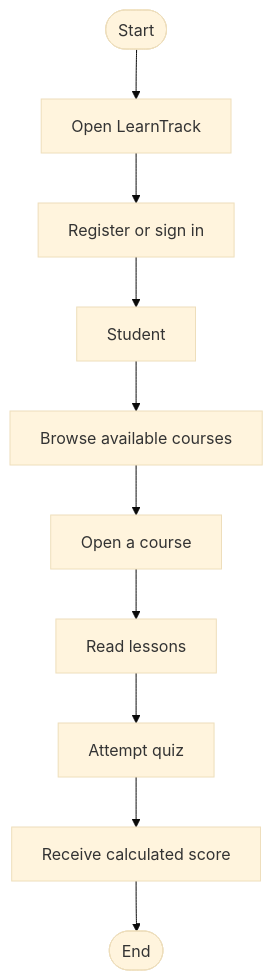
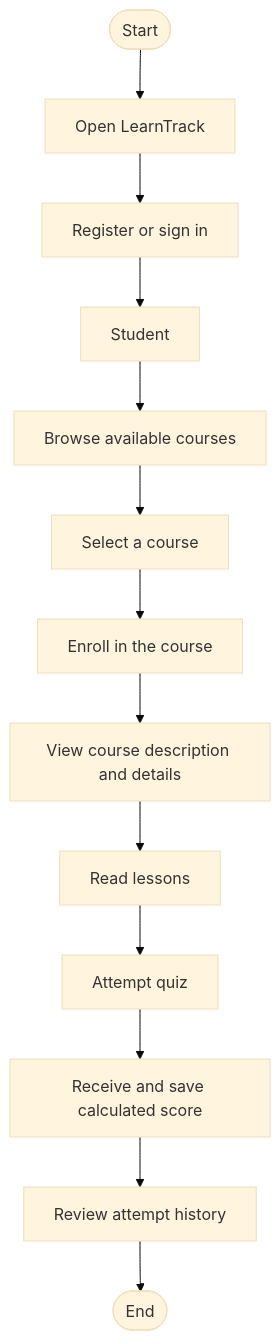
One commit to haseeb-sec/learntrack changed the second of 2 diagrams in docs/user-flows.md. Above: the diagram before and after it, drawn with Mermaid (base theme). The commit also changed 9 other files, not shown here.

First line of the commit message:
Fix course enrollment and learning flow

````diff
--- a/docs/user-flows.md
+++ b/docs/user-flows.md
@@ -21,12 +21,15 @@
 ```mermaid
 flowchart TD
     A([Start]) --> B[Open LearnTrack]
     B --> C[Register or sign in]
     C --> D[Student]
     D --> E[Browse available courses]
-    E --> F[Open a course]
-    F --> G[Read lessons]
-    G --> H[Attempt quiz]
-    H --> I[Receive calculated score]
-    I --> J([End])
+    E --> F[Select a course]
+    F --> G[Enroll in the course]
+    G --> H[View course description and details]
+    H --> I[Read lessons]
+    I --> J[Attempt quiz]
+    J --> K[Receive and save calculated score]
+    K --> L[Review attempt history]
+    L --> M([End])
 ```
````
